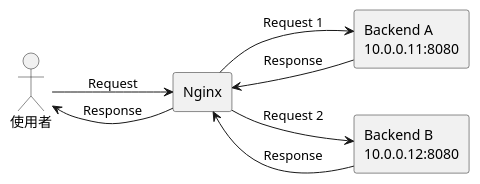
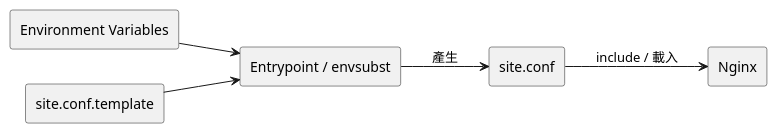
The third of 6 diagrams in docs/modules/ROOT/pages/network/nginx-guide.adoc (BucketHsu/BucketHsu.github.io), drawn with PlantUML before and after one commit. The commit also changed other lines of this file, not shown here.

Commit message:
docs: 整合 Nginx 實務內容為單一指南

```diff
--- a/docs/modules/ROOT/pages/network/nginx-guide.adoc
+++ b/docs/modules/ROOT/pages/network/nginx-guide.adoc
@@ -410,18 +437,17 @@
-[plantuml,nginx-load-balancing-flow,svg]
+[plantuml,nginx-template-flow,svg]
 ----
 @startuml
 left to right direction
 
-actor User as "使用者"
+rectangle Env as "Environment Variables"
+rectangle Template as "site.conf.template"
+rectangle Entry as "Entrypoint / envsubst"
+rectangle Conf as "site.conf"
 rectangle Nginx
-rectangle A as "Backend A\n10.0.0.11:8080"
-rectangle B as "Backend B\n10.0.0.12:8080"
 
-User -> Nginx : Request
-Nginx --> A : Request 1
-Nginx --> B : Request 2
-A --> Nginx : Response
-B --> Nginx : Response
-Nginx --> User : Response
+Env --> Entry
+Template --> Entry
+Entry --> Conf : 產生
+Conf --> Nginx : include / 載入
 @enduml
 ----
```
